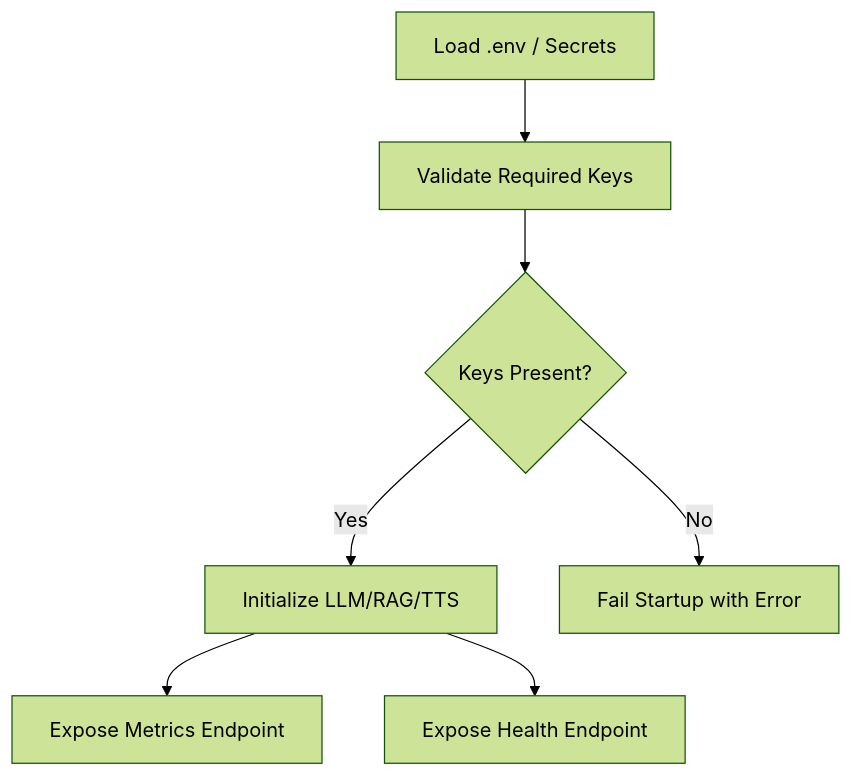
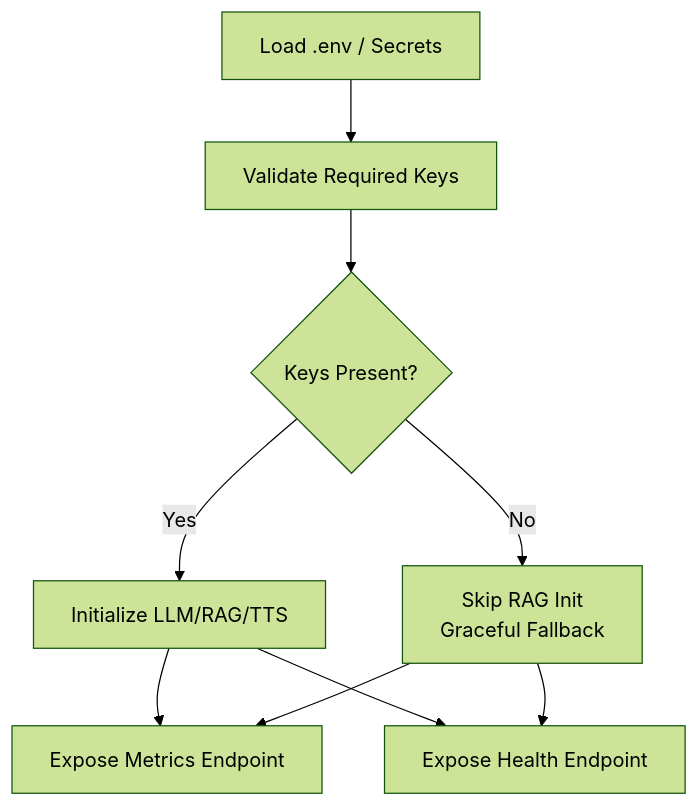
Before and after one commit to MOK-5-ha/MayaMCP: the fourth of 10 diagrams in .qoder/repowiki/en/content/Deployment & Operations.md, drawn with Mermaid (forest theme). The commit also changed other lines of this file and 27 other files, not shown here.

````diff
--- a/.qoder/repowiki/en/content/Deployment & Operations.md
+++ b/.qoder/repowiki/en/content/Deployment & Operations.md
@@ -173,9 +218,11 @@
 ```mermaid
 flowchart TD
 EnvStart["Load .env / Secrets"] --> RequireKeys["Validate Required Keys"]
 RequireKeys --> KeysOK{"Keys Present?"}
 KeysOK --> |Yes| InitServices["Initialize LLM/RAG/TTS"]
-KeysOK --> |No| Fail["Fail Startup with Error"]
+KeysOK --> |No| SkipRAG["Skip RAG Init<br/>Graceful Fallback"]
 InitServices --> Metrics["Expose Metrics Endpoint"]
 InitServices --> Health["Expose Health Endpoint"]
+SkipRAG --> Metrics
+SkipRAG --> Health
 ```
````
